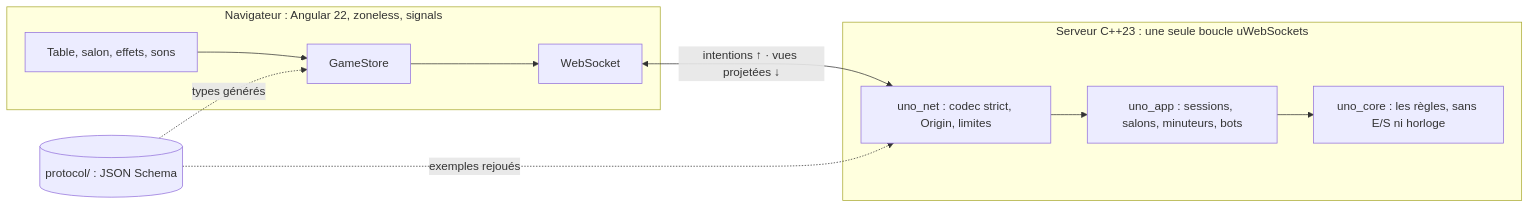
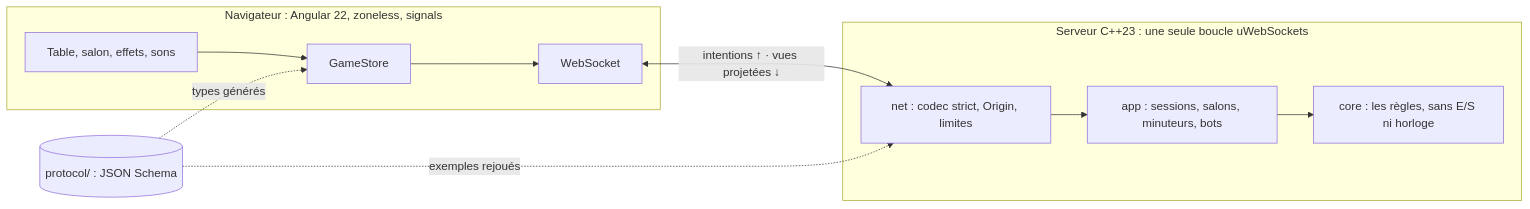
Before and after one commit to 1-Doc-1/uno-neon: the diagram in README.md, drawn with Mermaid. The commit also changed other lines of this file and 74 other files, not shown here.

````diff
--- a/README.md
+++ b/README.md
@@ -35,14 +33,14 @@
 ```mermaid
 flowchart LR
   subgraph Navigateur["Navigateur : Angular 22, zoneless, signals"]
     UI["Table, salon, effets, sons"] --> Store["GameStore"]
     Store --> Socket["WebSocket"]
   end
   Socket <-->|"intentions ↑ · vues projetées ↓"| Net
   subgraph Serveur["Serveur C++23 : une seule boucle uWebSockets"]
-    Net["uno_net : codec strict, Origin, limites"] --> App["uno_app : sessions, salons, minuteurs, bots"]
-    App --> Core["uno_core : les règles, sans E/S ni horloge"]
+    Net["net : codec strict, Origin, limites"] --> App["app : sessions, salons, minuteurs, bots"]
+    App --> Core["core : les règles, sans E/S ni horloge"]
   end
   Proto[("protocol/ : JSON Schema")] -.->|"types générés"| Store
   Proto -.->|"exemples rejoués"| Net
 ```
````
